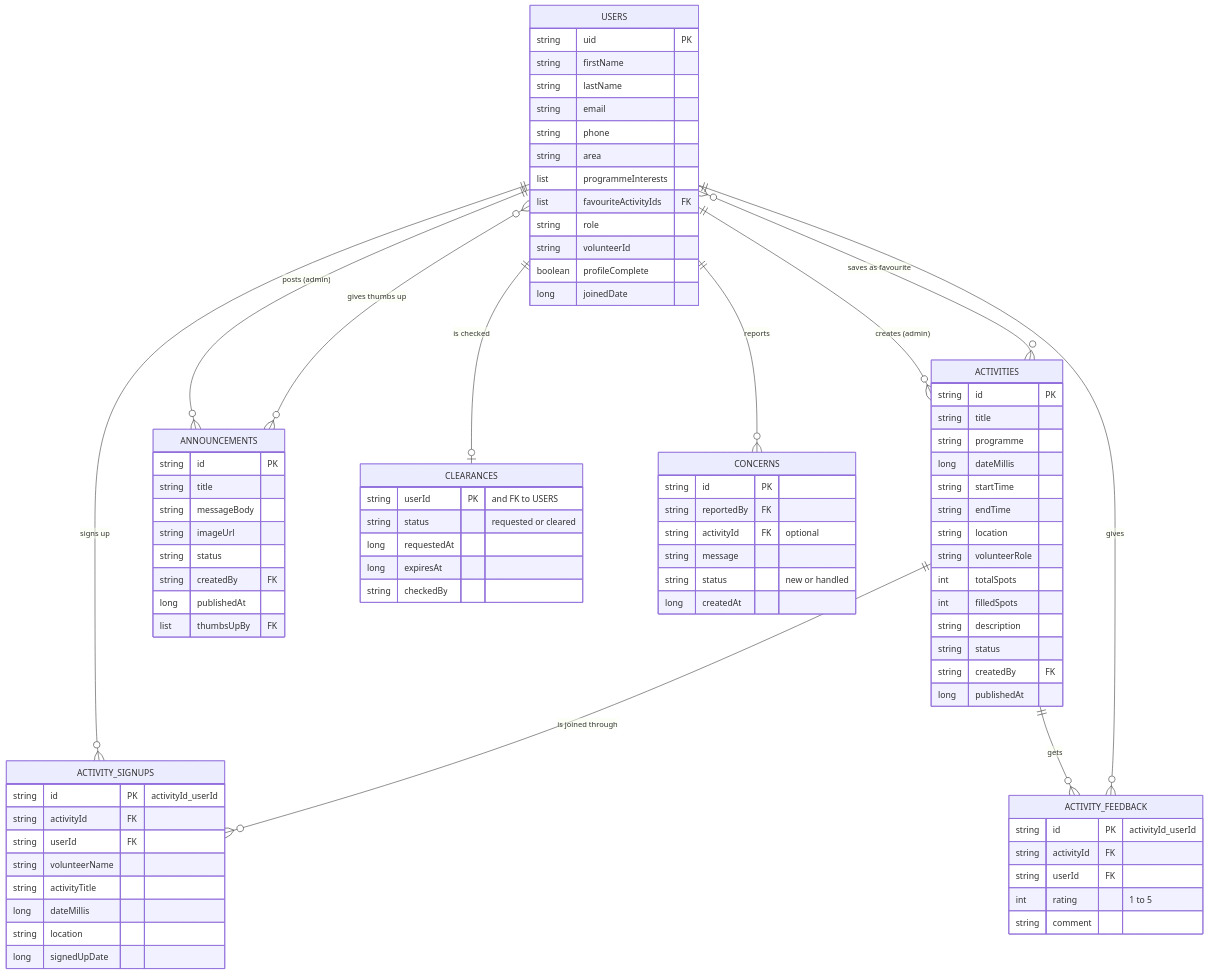
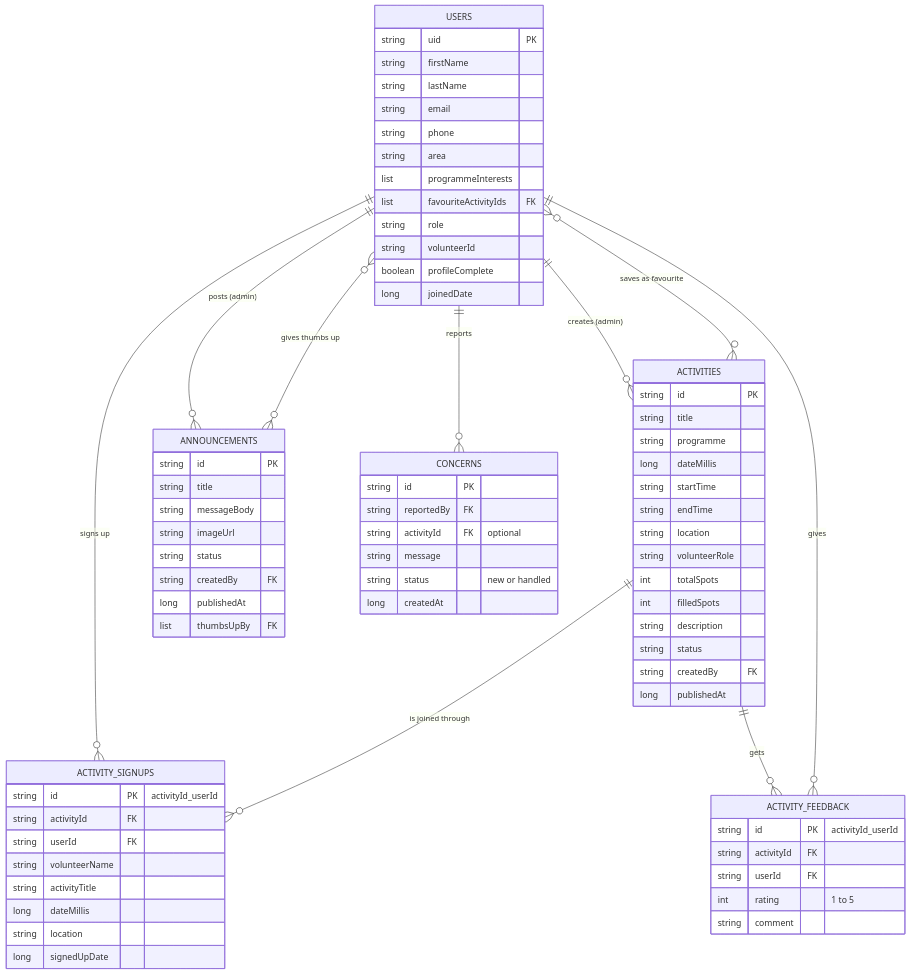
Before and after one commit to Kwethukubonga/PAB_Volunteers: the diagram in README.md, drawn with Mermaid. The commit also changed other lines of this file and 22 other files, not shown here.

```diff
--- a/README.md
+++ b/README.md
@@ -397,14 +397,6 @@
         list thumbsUpBy FK
     }
 
-    CLEARANCES {
-        string userId PK "and FK to USERS"
-        string status "requested or cleared"
-        long requestedAt
-        long expiresAt
-        string checkedBy
-    }
-
     CONCERNS {
         string id PK
         string reportedBy FK
@@ -422,7 +414,6 @@
         string comment
     }
 
-    USERS ||--o| CLEARANCES : "is checked"
     USERS ||--o{ CONCERNS : "reports"
     ACTIVITIES ||--o{ ACTIVITY_FEEDBACK : "gets"
     USERS ||--o{ ACTIVITY_FEEDBACK : "gives"
```
